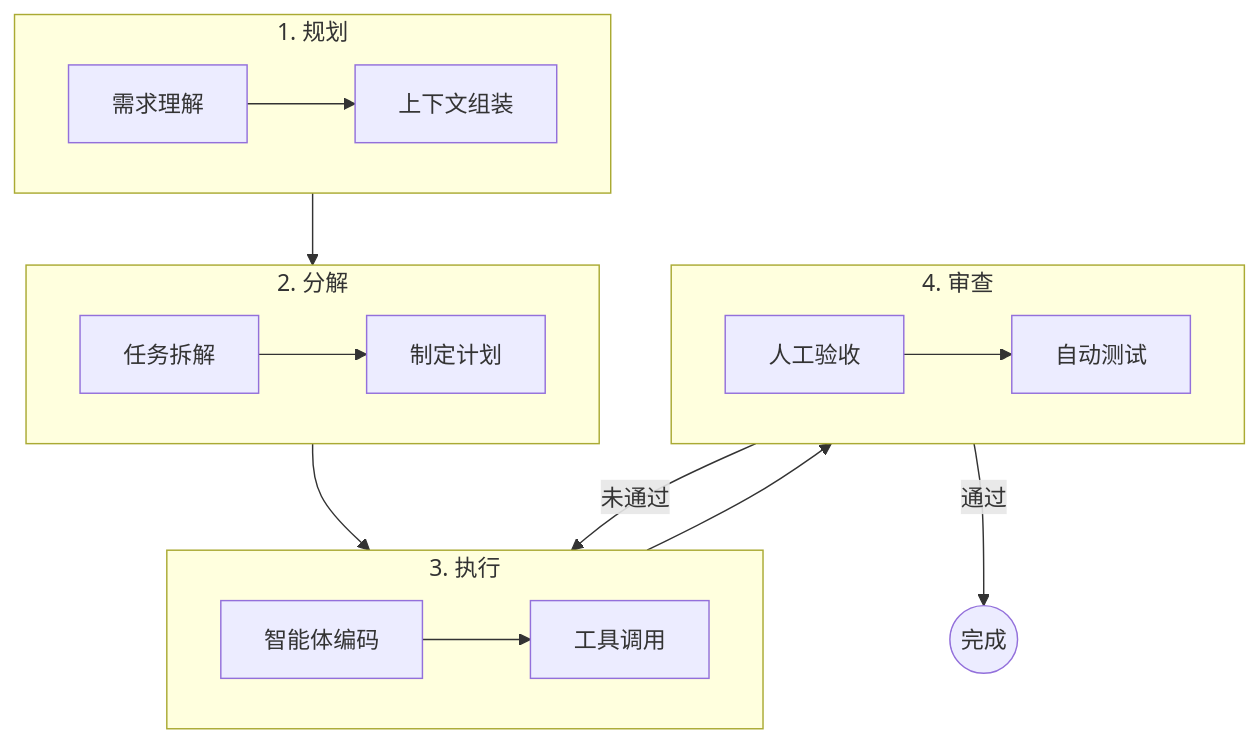
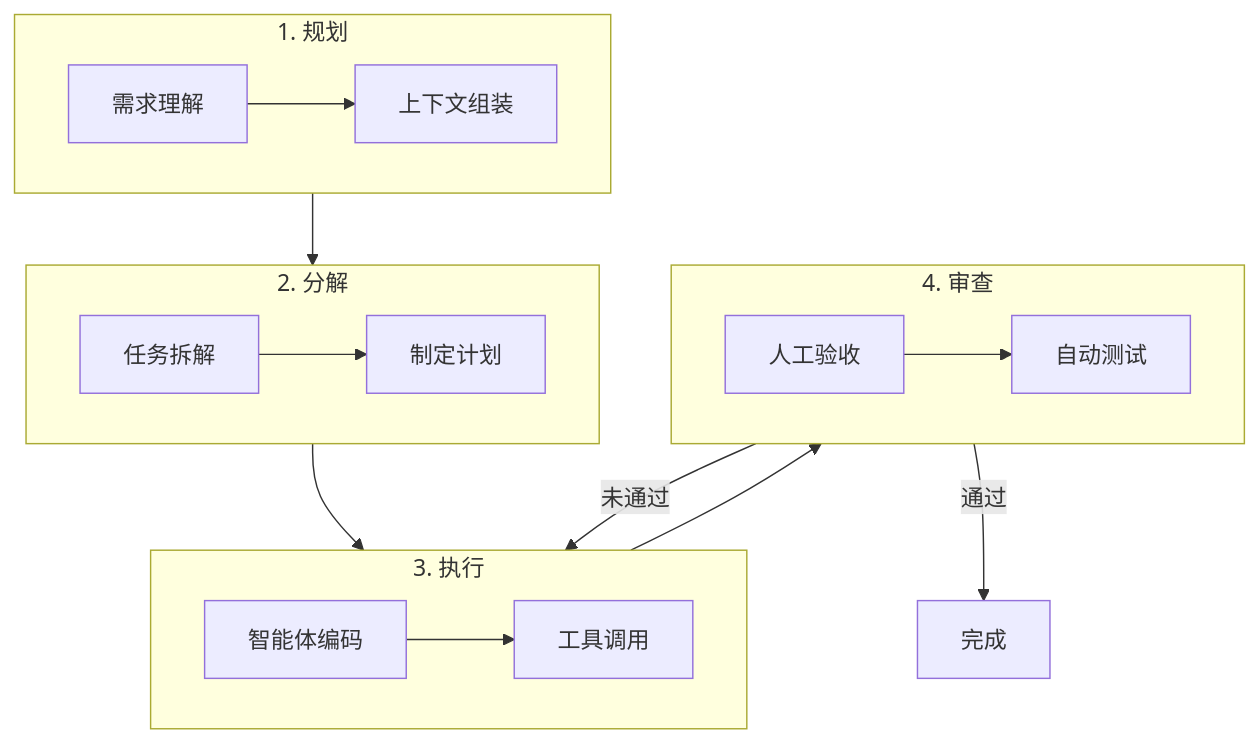
One commit to yeasy/agentic_ai_guide changed the first of 6 diagrams in 10_agentic_coding/10.4_workflow.md. Above: the diagram before and after it, drawn with Mermaid. The commit also changed other lines of this file and 88 other files, not shown here.

````diff
--- a/10_agentic_coding/10.4_workflow.md
+++ b/10_agentic_coding/10.4_workflow.md
@@ -18,22 +18,22 @@
 ```mermaid
 graph TD
     subgraph P [1. 规划]
         P1[需求理解] --> P2[上下文组装]
     end
 
     subgraph D [2. 分解]
         D1[任务拆解] --> D2[制定计划]
     end
 
     subgraph E [3. 执行]
         E1[智能体编码] --> E2[工具调用]
     end
 
     subgraph R [4. 审查]
         R1[人工验收] --> R2[自动测试]
     end
 
     P --> D --> E --> R
     R -->|未通过| E
-    R -->|通过| Done((完成))
+    R -->|通过| Done["完成"]
 ```
````
